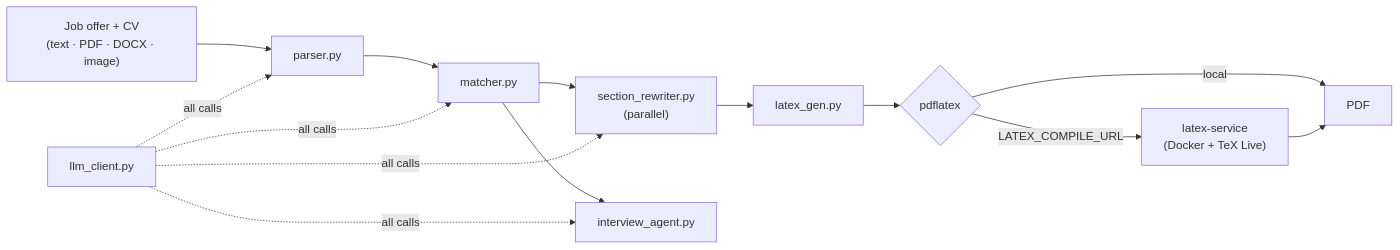
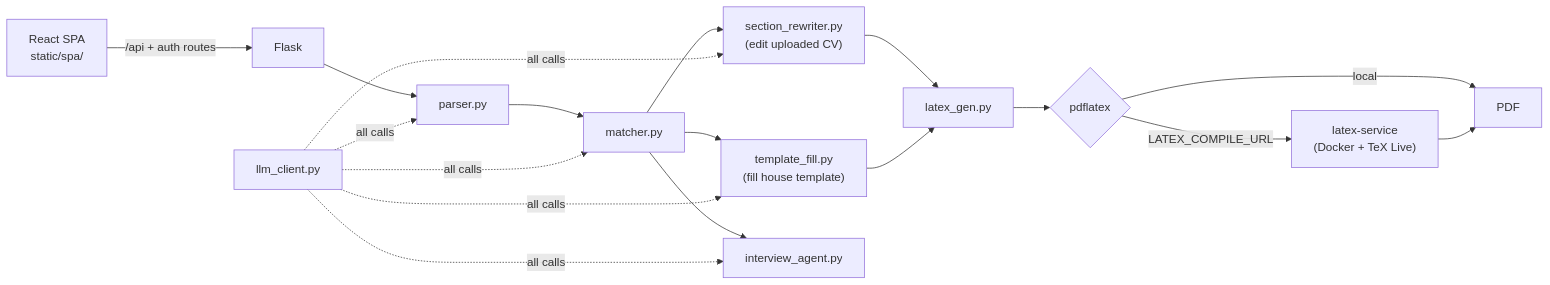
The diagram in README.md (Fezzaioussama/Auto-CV), drawn with Mermaid before and after one commit. The commit also changed other lines of this file, not shown here.

First line of the commit message:
docs: cover the React SPA and template-fill generation

````diff
--- a/README.md
+++ b/README.md
@@ -104,13 +132,16 @@
 ```mermaid
 flowchart LR
-    UP["Job offer + CV<br/>(text · PDF · DOCX · image)"] --> P["parser.py"]
+    SPA["React SPA<br/>static/spa/"] -->|"/api + auth routes"| F["Flask"]
+    F --> P["parser.py"]
     P --> M["matcher.py"]
-    M --> SR["section_rewriter.py<br/>(parallel)"]
+    M --> SR["section_rewriter.py<br/>(edit uploaded CV)"]
+    M --> TF["template_fill.py<br/>(fill house template)"]
     SR --> LG["latex_gen.py"]
+    TF --> LG
     LG --> PDF{"pdflatex"}
     PDF -->|local| OUT["PDF"]
     PDF -->|LATEX_COMPILE_URL| SVC["latex-service<br/>(Docker + TeX Live)"]
     SVC --> OUT
     M --> IA["interview_agent.py"]
-    LLM["llm_client.py"] -.->|all calls| P & M & SR & IA
+    LLM["llm_client.py"] -.->|all calls| P & M & SR & TF & IA
 ```
````
